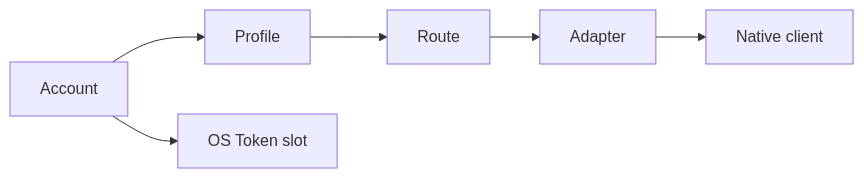
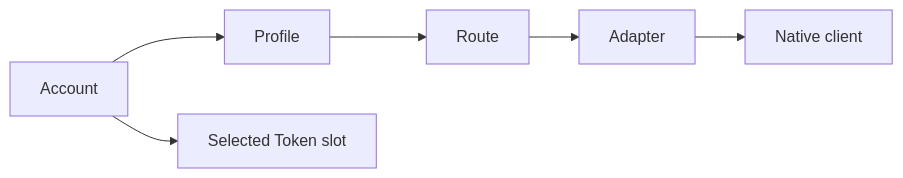
One commit to HengYangDS/aigw-cli changed the diagram in docs/concepts/product-concepts.md. Above: the diagram before and after it, drawn with Mermaid. The commit also changed other lines of this file and 26 other files, not shown here.

````diff
--- a/docs/concepts/product-concepts.md
+++ b/docs/concepts/product-concepts.md
@@ -5,8 +5,8 @@
 ```mermaid
 flowchart LR
     A["Account"] --> P["Profile"]
     P --> R["Route"]
     R --> D["Adapter"]
-    A --> K["OS Token slot"]
+    A --> K["Selected Token slot"]
     D --> C["Native client"]
 ```
````
